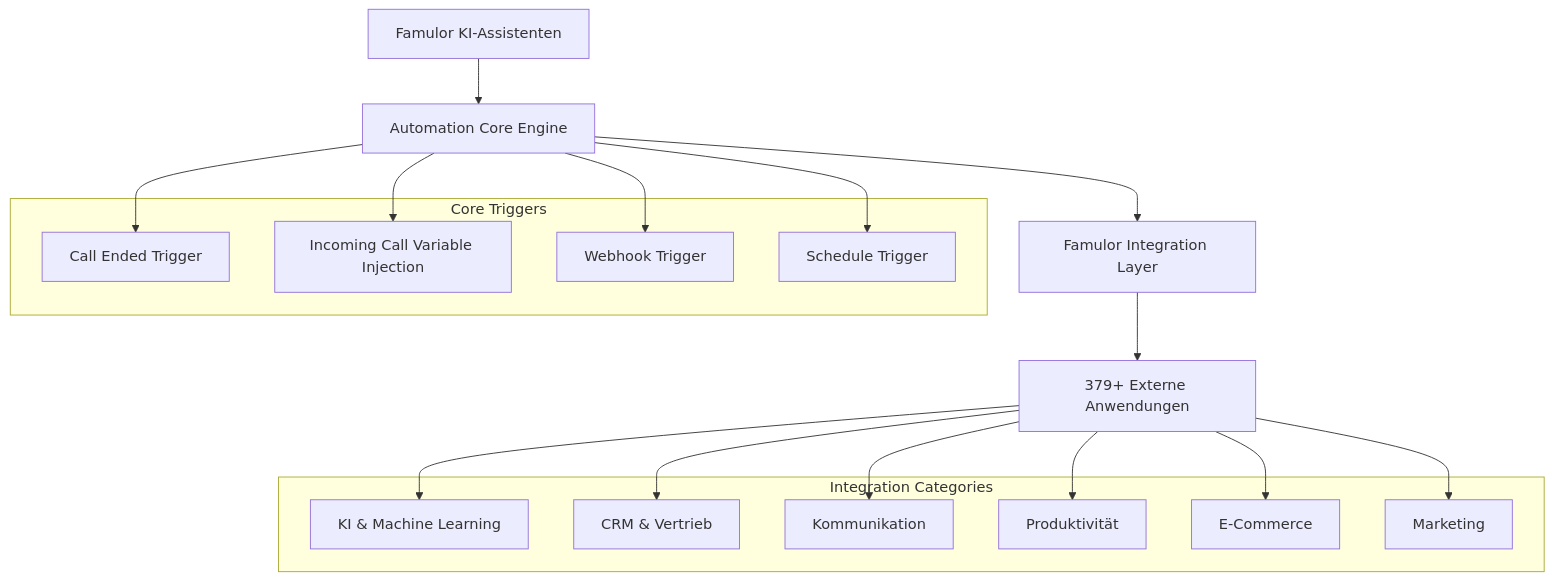
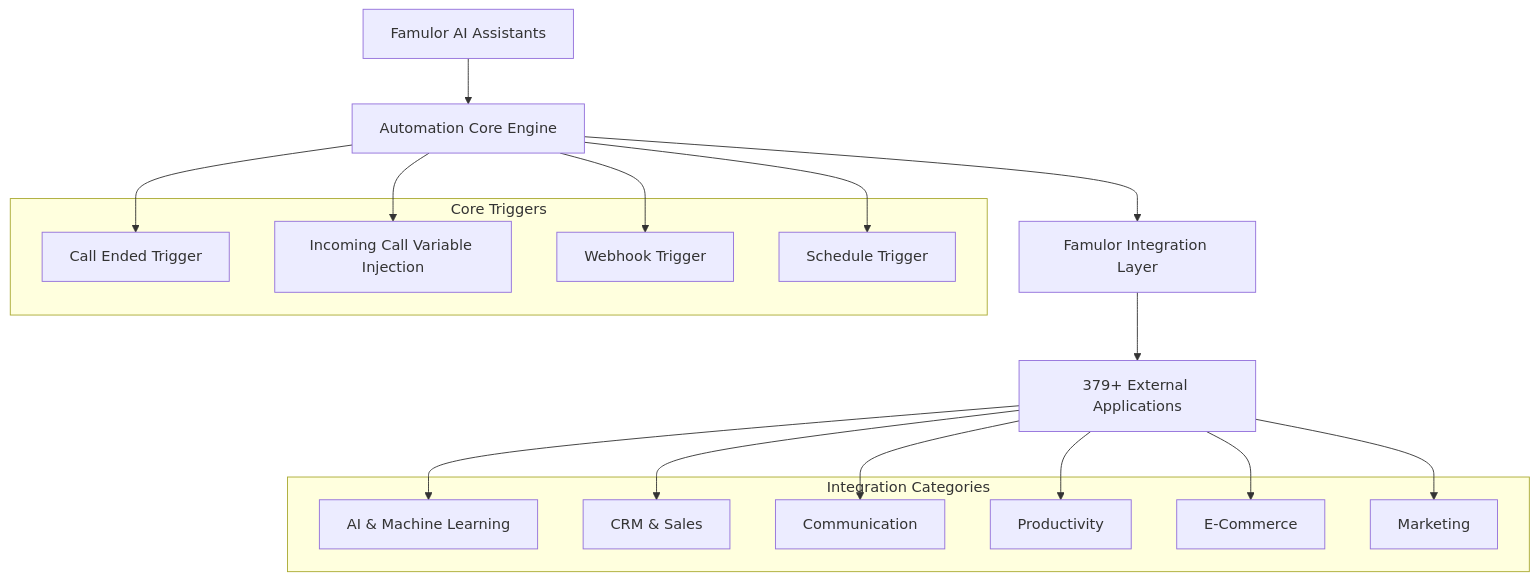
One commit to bekgroup/Famulor-docs-de changed the diagram in en/automation-platform/integrations/famulor-integrations-database.mdx. Above: the diagram before and after it, drawn with Mermaid. The commit also changed other lines of this file and 273 other files, not shown here.

````diff
--- a/en/automation-platform/integrations/famulor-integrations-database.mdx
+++ b/en/automation-platform/integrations/famulor-integrations-database.mdx
@@ -13,34 +12,34 @@
 ```mermaid
 graph TB
-    A[Famulor KI-Assistenten] --> B[Automation Core Engine]
+    A[Famulor AI Assistants] --> B[Automation Core Engine]
     B --> C[Famulor Integration Layer]
-    C --> D[379+ Externe Anwendungen]
+    C --> D[379+ External Applications]
     
     subgraph "Integration Categories"
-        E[KI & Machine Learning]
-        F[CRM & Vertrieb]
-        G[Kommunikation]
-        H[Produktivität]
+        E[AI & Machine Learning]
+        F[CRM & Sales]
+        G[Communication]
+        H[Productivity]
         I[E-Commerce]
         J[Marketing]
     end
     
     subgraph "Core Triggers"
         K[Call Ended Trigger]
         L[Incoming Call Variable Injection]
         M[Webhook Trigger]
         N[Schedule Trigger]
     end
     
     D --> E
     D --> F
     D --> G
     D --> H
     D --> I
     D --> J
     
     B --> K
     B --> L
     B --> M
     B --> N
 ```
````
